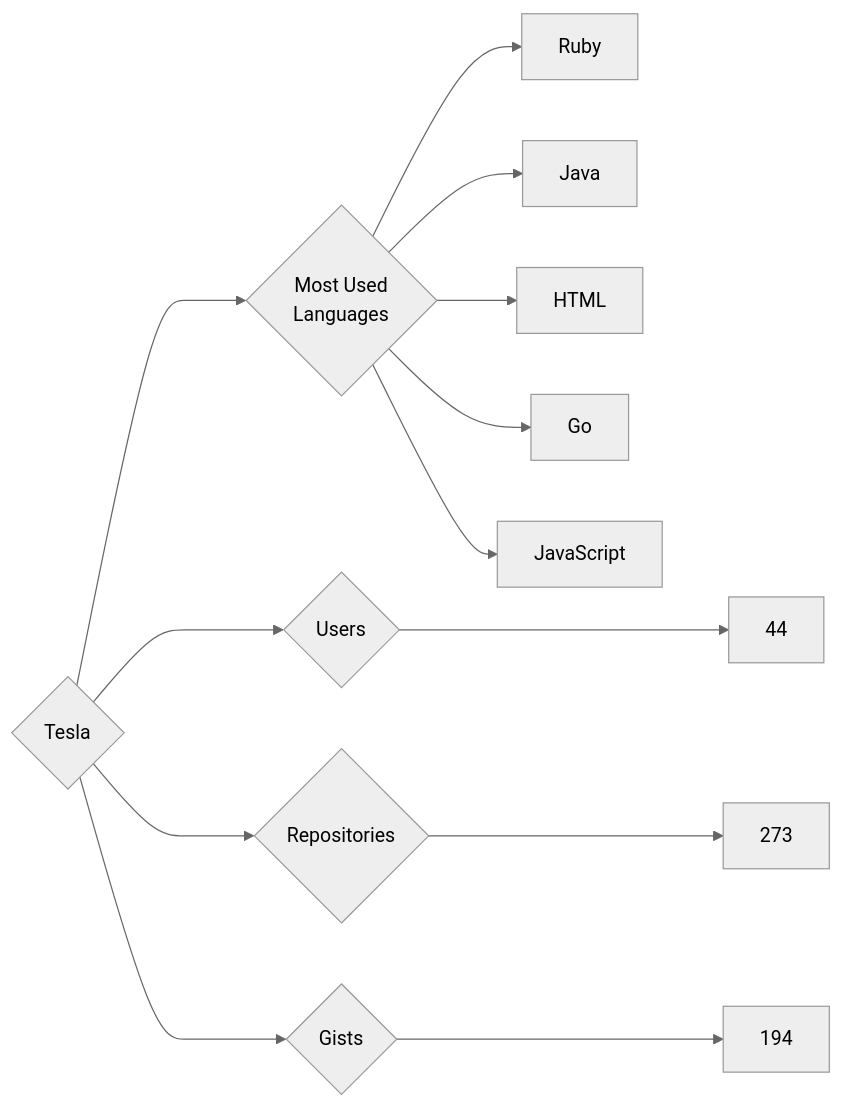
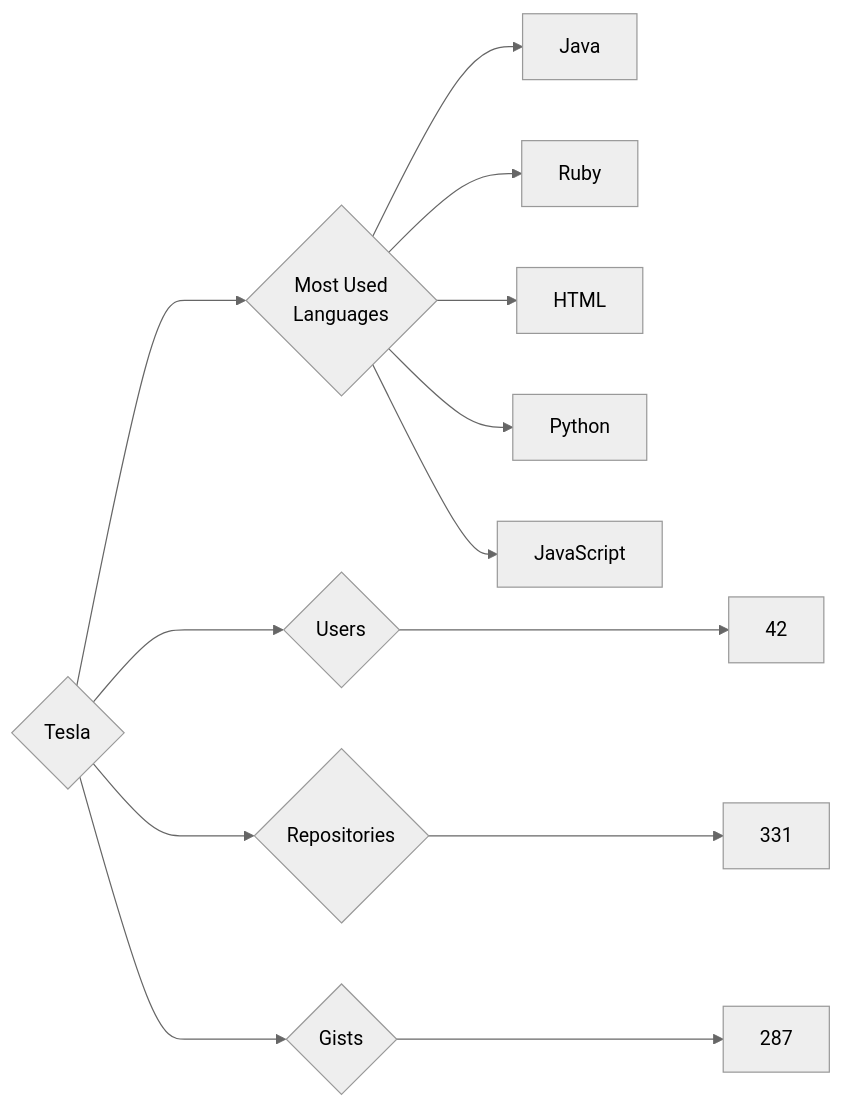
One commit to trickest/insiders changed the diagram in targets/Tesla/README.md. Above: the diagram before and after it, drawn with Mermaid (neutral theme). The commit also changed 953 other files, not shown here.

````diff
--- a/targets/Tesla/README.md
+++ b/targets/Tesla/README.md
@@ -3,13 +3,13 @@
 ```mermaid
 graph LR
 COMPANY_NAME{Tesla}
-COMPANY_NAME ---> U{Users} ---> UN[44]
-COMPANY_NAME ---> R{Repositories} ---> RN[273]
-COMPANY_NAME ---> G{Gists} ---> GN[194]
+COMPANY_NAME ---> U{Users} ---> UN[42]
+COMPANY_NAME ---> R{Repositories} ---> RN[331]
+COMPANY_NAME ---> G{Gists} ---> GN[287]
 COMPANY_NAME ---> ML{Most Used<br>Languages}
+ML --> Java[Java]
 ML --> Ruby[Ruby]
-ML --> Java[Java]
 ML --> HTML[HTML]
-ML --> Go[Go]
+ML --> Python[Python]
 ML --> JavaScript[JavaScript]
 ```
````
